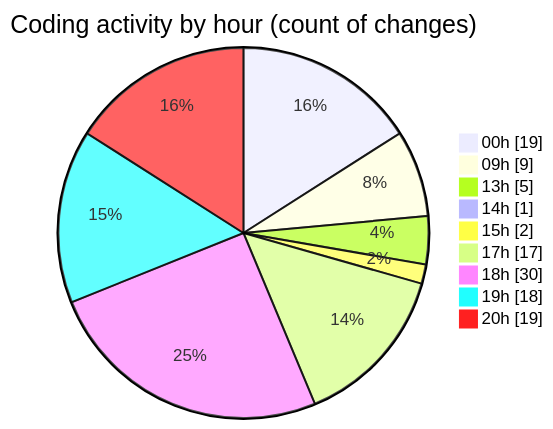
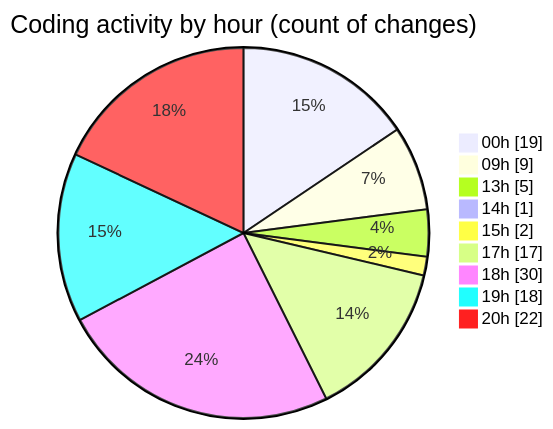
One commit to EIIisD/code-tracking changed the second of 2 diagrams in 2025-08-12/ribbon/README.md. Above: the diagram before and after it, drawn with Mermaid. The commit also changed other lines of this file and 1 other file, not shown here.

````diff
--- a/2025-08-12/ribbon/README.md
+++ b/2025-08-12/ribbon/README.md
@@ -52,13 +52,13 @@
 ```mermaid
 pie showData
 title Coding activity by hour (count of changes)
 "00h" : 19
 "09h" : 9
 "13h" : 5
 "14h" : 1
 "15h" : 2
 "17h" : 17
 "18h" : 30
 "19h" : 18
-"20h" : 19
+"20h" : 22
 ```
````
